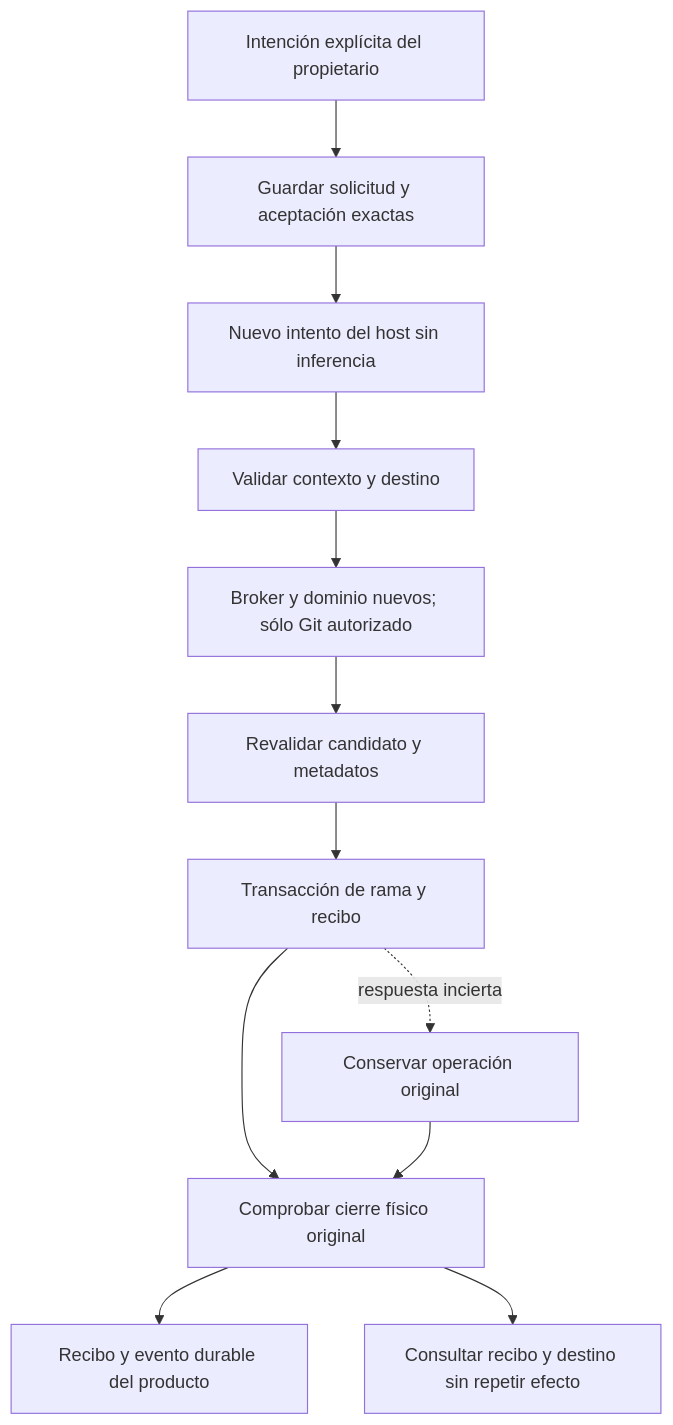
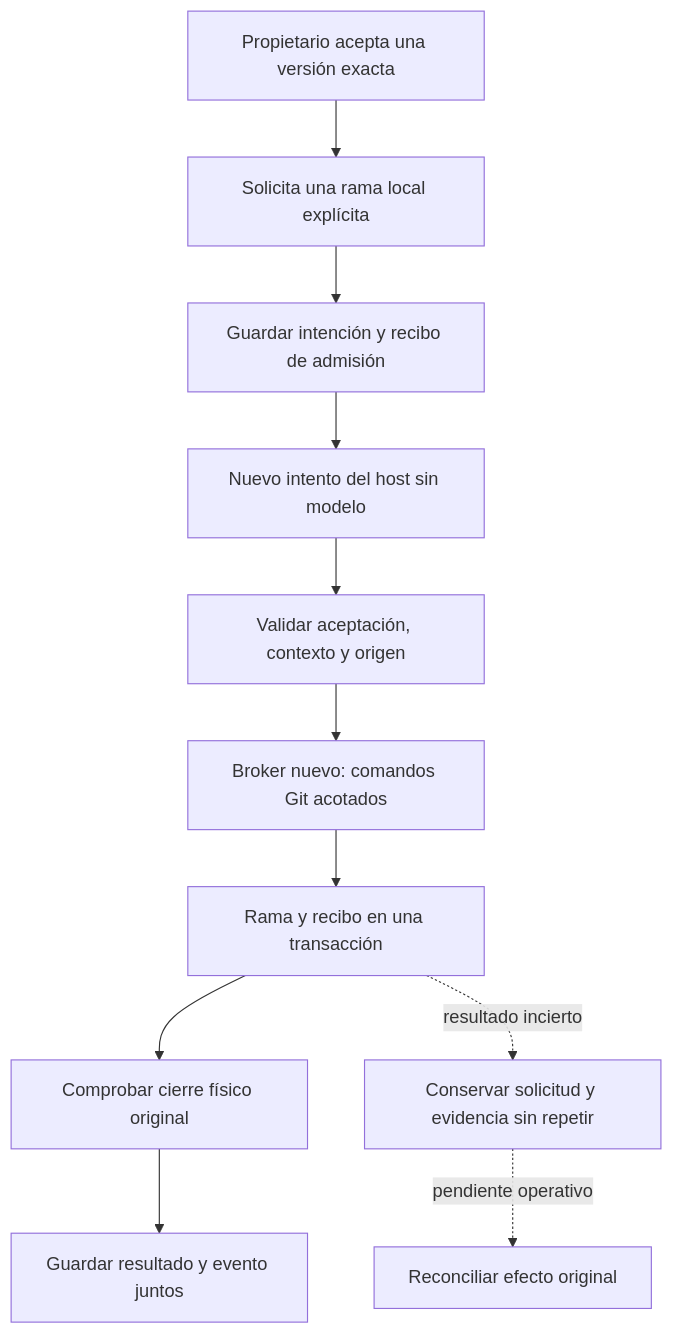
The diagram in docs/architecture/code-publication.md (Infinibay/researcher), drawn with Mermaid before and after one commit. The commit also changed other lines of this file and 41 other files, not shown here.

````diff
--- a/docs/architecture/code-publication.md
+++ b/docs/architecture/code-publication.md
@@ -39,14 +39,13 @@
 ```mermaid
 flowchart TD
-    A[Intención explícita del propietario] --> B[Guardar solicitud y aceptación exactas]
-    B --> C[Nuevo intento del host sin inferencia]
-    C --> D[Validar contexto y destino]
-    D --> E[Broker y dominio nuevos; sólo Git autorizado]
-    E --> F[Revalidar candidato y metadatos]
-    F --> G[Transacción de rama y recibo]
+    A[Propietario acepta una versión exacta] --> B[Solicita una rama local explícita]
+    B --> C[Guardar intención y recibo de admisión]
+    C --> D[Nuevo intento del host sin modelo]
+    D --> E[Validar aceptación, contexto y origen]
+    E --> F[Broker nuevo: comandos Git acotados]
+    F --> G[Rama y recibo en una transacción]
     G --> H[Comprobar cierre físico original]
-    H --> I[Recibo y evento durable del producto]
-    G -. respuesta incierta .-> J[Conservar operación original]
-    J --> H
-    H --> K[Consultar recibo y destino sin repetir efecto]
+    H --> I[Guardar resultado y evento juntos]
+    G -. resultado incierto .-> J[Conservar solicitud y evidencia sin repetir]
+    J -. pendiente operativo .-> K[Reconciliar efecto original]
 ```
````
